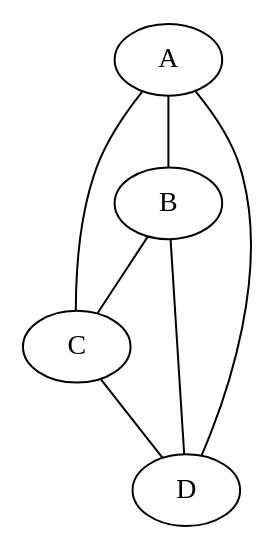
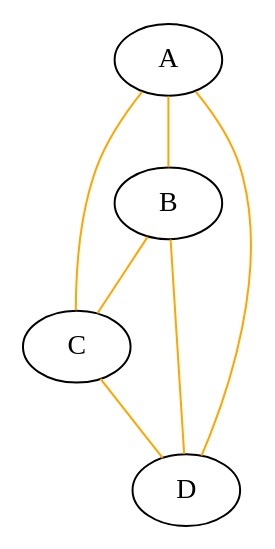
Before and after one commit to DhruvDh/itsc-2214-readings: diagram 15 of 24 in 21_graphs.qmd, drawn with Graphviz. The commit also changed other lines of this file and 18 other files, not shown here.

Commit message:
improved graphs chapter

````diff
--- a/21_graphs.qmd
+++ b/21_graphs.qmd
@@ -219,12 +261,12 @@
 ```{dot}
 //| label: fig-complete-graph
-//| fig-cap: Example of a complete graph.
+//| fig-cap: Example of a complete graph. In this graph, every pair of distinct vertices (A, B, C, D) is connected by a unique edge (shown in orange), demonstrating a fully interconnected network.
 graph G {
-  A -- B;
-  A -- C;
-  A -- D;
-  B -- C;
-  B -- D;
-  C -- D;
+  A -- B [color=orange];
+  A -- C [color=orange];
+  A -- D [color=orange];
+  B -- C [color=orange];
+  B -- D [color=orange];
+  C -- D [color=orange];
 }
 ```
````
